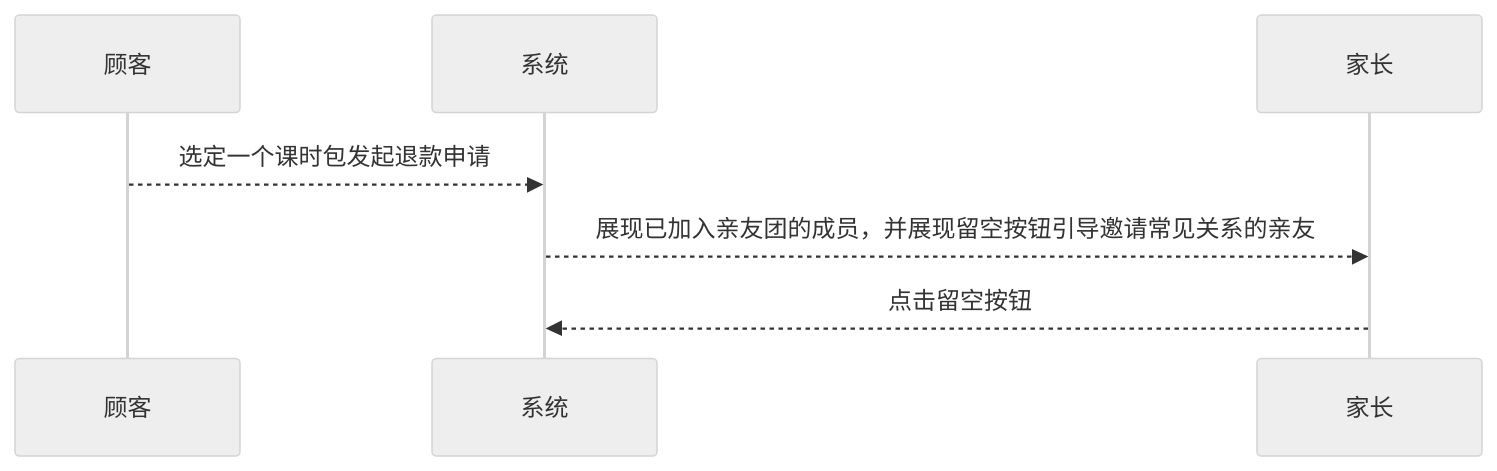
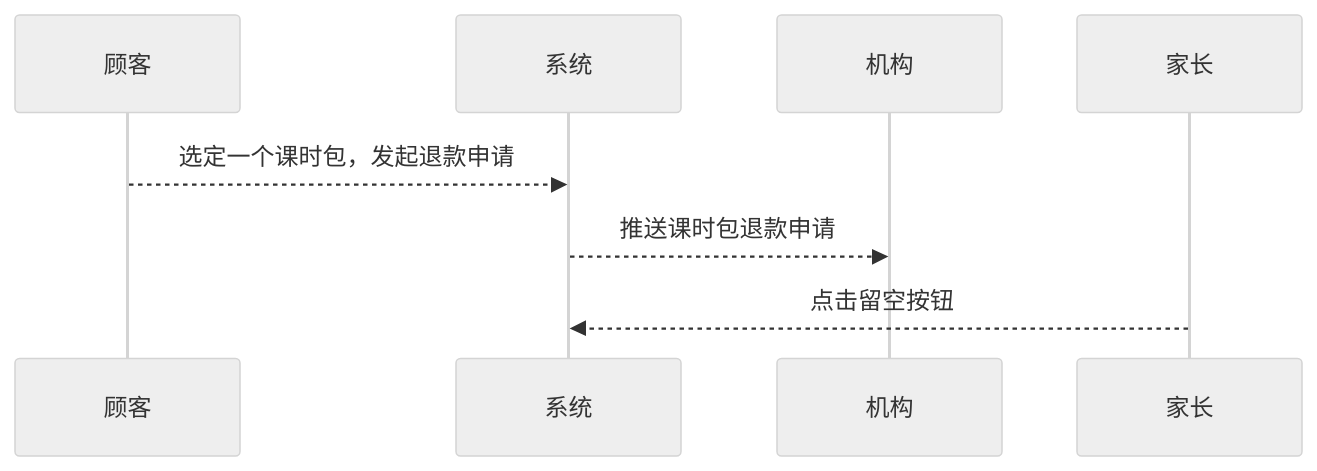
The diagram in 模块/课时包/用例/退课时包.md (world-wide-web/sign), drawn with Mermaid (neutral theme) before and after one commit. The commit also changed other lines of this file, not shown here.

Commit message:
模块/课时包/用例/退课时包.md updated from https://stackedit.io/

````diff
--- a/模块/课时包/用例/退课时包.md
+++ b/模块/课时包/用例/退课时包.md
@@ -10,9 +10,9 @@
 	```mermaid
 	sequenceDiagram
 
-	顾客-->>系统: 选定一个课时包发起退款申请
+	顾客-->>系统: 选定一个课时包，发起退款申请
 
-	系统-->>家长: 展现已加入亲友团的成员，并展现留空按钮引导邀请常见关系的亲友
+	系统-->>机构: 推送课时包退款申请
 
 	家长-->>系统: 点击留空按钮
 	```
````
